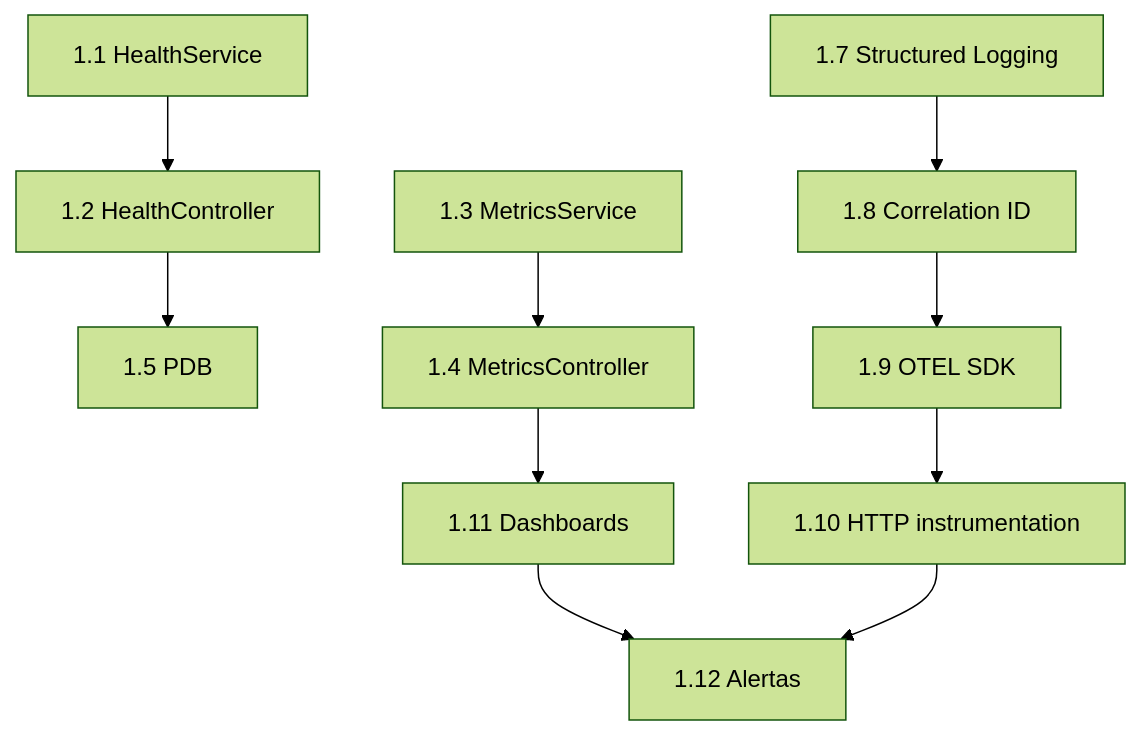
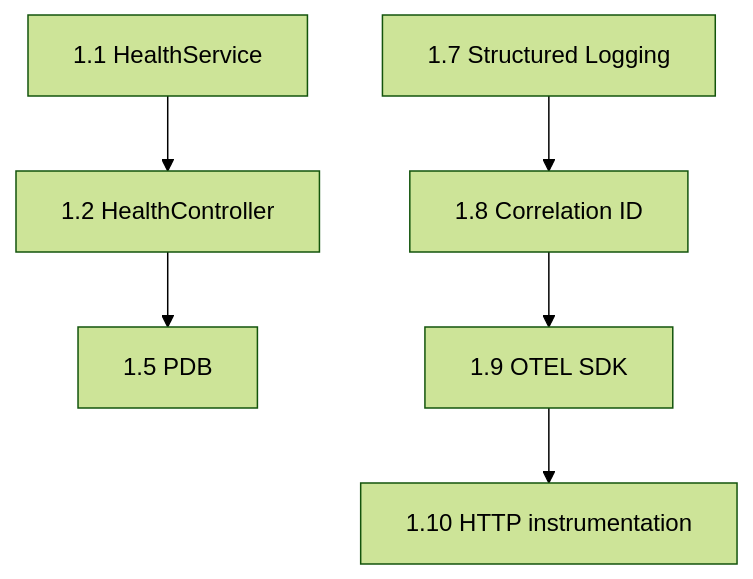
Before and after one commit to guilhermegradaschi/finance-consumer: the second of 5 diagrams in docs/04-refactor-roadmap.md, drawn with Mermaid (forest theme). The commit also changed other lines of this file and 68 other files, not shown here.

````diff
--- a/docs/04-refactor-roadmap.md
+++ b/docs/04-refactor-roadmap.md
@@ -122,15 +117,9 @@
 ```mermaid
 graph TD
     A[1.1 HealthService] --> B[1.2 HealthController]
     B --> C[1.5 PDB]
     
-    D[1.3 MetricsService] --> E[1.4 MetricsController]
-    E --> F[1.11 Dashboards]
-    
     G[1.7 Structured Logging] --> H[1.8 Correlation ID]
     H --> I[1.9 OTEL SDK]
     I --> J[1.10 HTTP instrumentation]
-    
-    F --> K[1.12 Alertas]
-    J --> K
 ```
````
